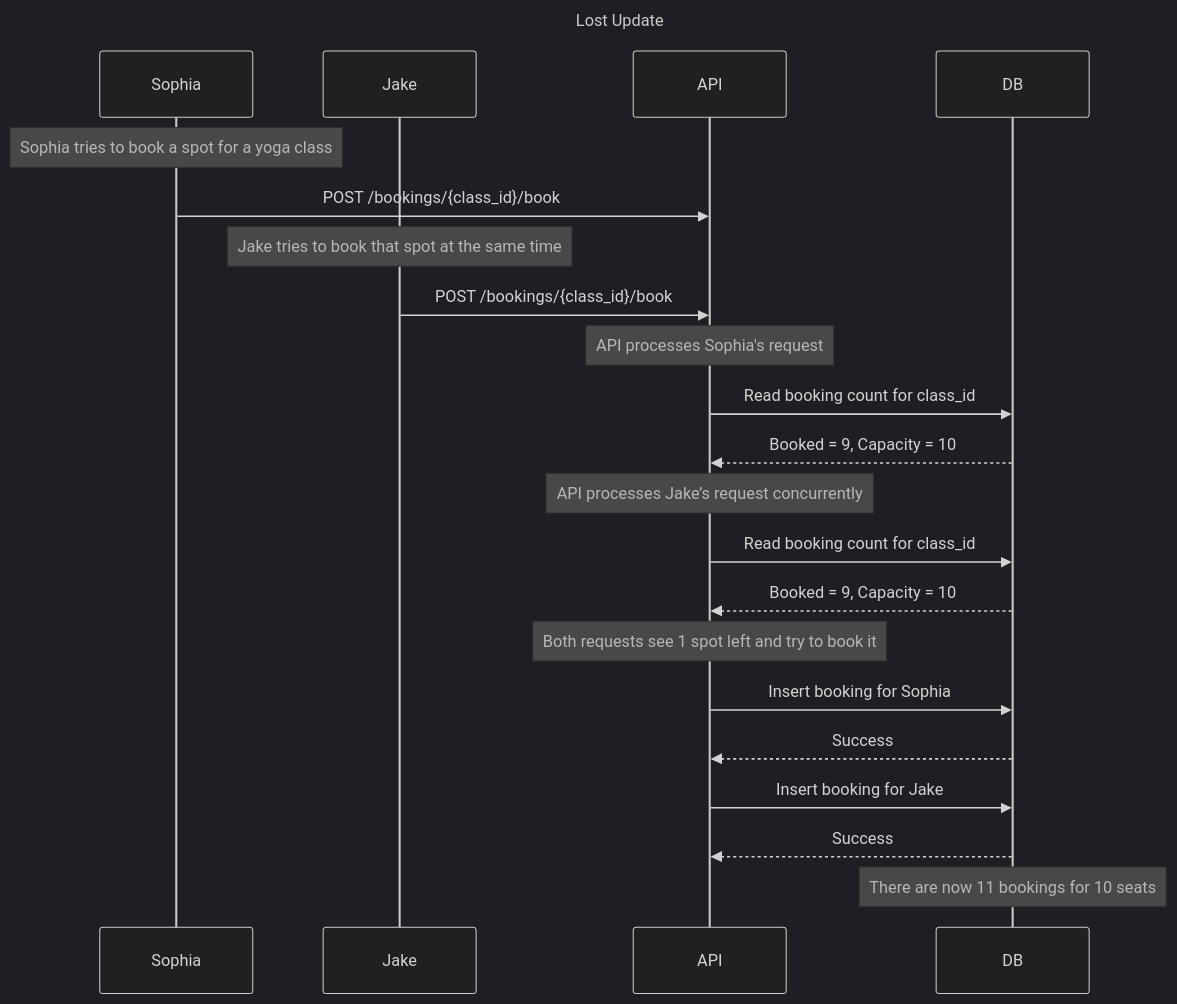
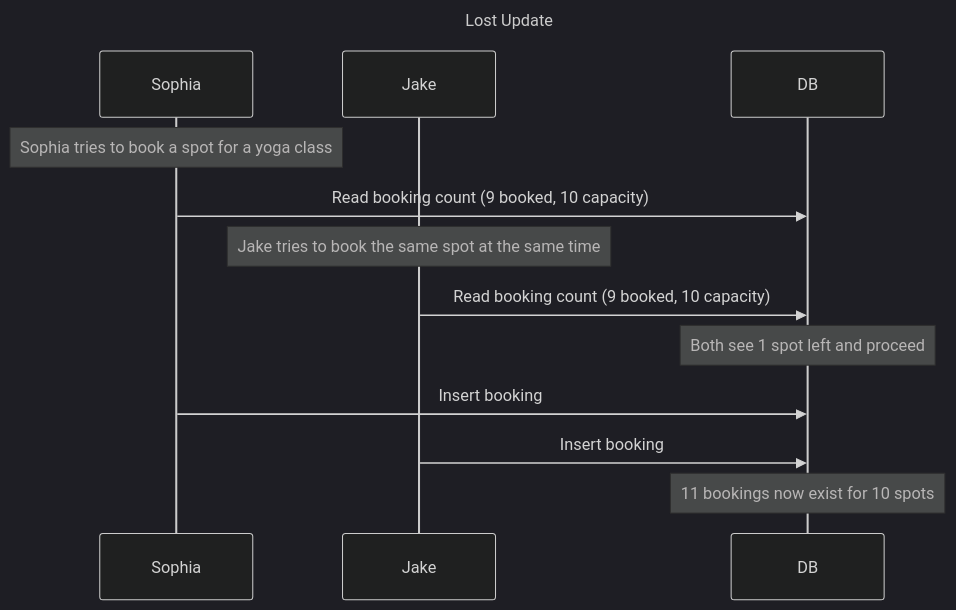
One commit to dhvani427/gym-membership changed the second of 3 diagrams in concurrency.md. Above: the diagram before and after it, drawn with Mermaid (dark theme). The commit also changed other lines of this file, not shown here.

````diff
--- a/concurrency.md
+++ b/concurrency.md
@@ -49,33 +42,21 @@
 ```mermaid
 sequenceDiagram
     title Lost Update
 
     participant Sophia
     participant Jake
-    participant API
     participant DB
 
     Note over Sophia: Sophia tries to book a spot for a yoga class
-    Sophia->>API: POST /bookings/{class_id}/book
+    Sophia->>DB: Read booking count (9 booked, 10 capacity)
 
-    Note over Jake: Jake tries to book that spot at the same time
-    Jake->>API: POST /bookings/{class_id}/book
+    Note over Jake: Jake tries to book the same spot at the same time
+    Jake->>DB: Read booking count (9 booked, 10 capacity)
 
-    Note over API: API processes Sophia's request
-    API->>DB: Read booking count for class_id
-    DB-->>API: Booked = 9, Capacity = 10
+    Note over DB: Both see 1 spot left and proceed
 
-    Note over API: API processes Jake’s request concurrently
-    API->>DB: Read booking count for class_id
-    DB-->>API: Booked = 9, Capacity = 10
+    Sophia->>DB: Insert booking
+    Jake->>DB: Insert booking
 
-    Note over API: Both requests see 1 spot left and try to book it
-
-    API->>DB: Insert booking for Sophia
-    DB-->>API: Success
-
-    API->>DB: Insert booking for Jake
-    DB-->>API: Success
-
-    Note over DB: There are now 11 bookings for 10 seats
+    Note over DB: 11 bookings now exist for 10 spots
 ```
````
